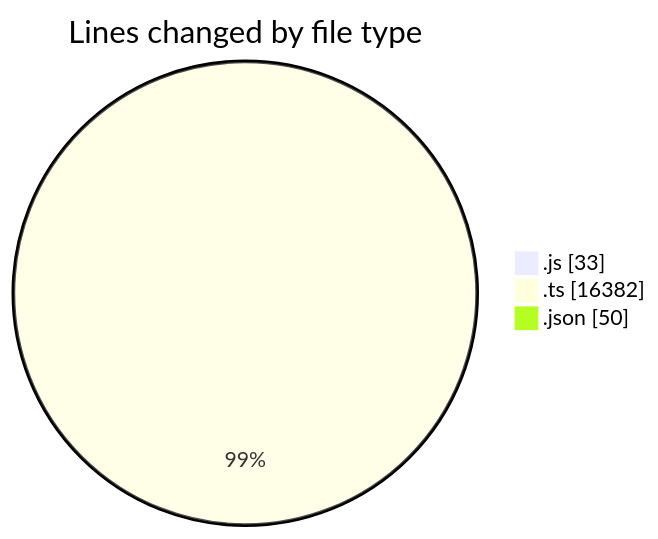
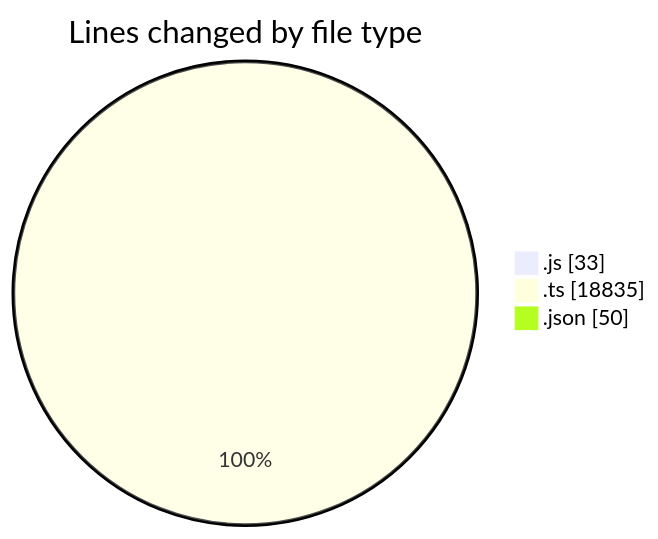
Before and after one commit to momahboobian/code-tracking: the first of 2 diagrams in 2025-09-08/cda/README.md, drawn with Mermaid. The commit also changed other lines of this file and 1 other file, not shown here.

````diff
--- a/2025-09-08/cda/README.md
+++ b/2025-09-08/cda/README.md
@@ -26,7 +26,7 @@
 ```mermaid
 pie showData
 title Lines changed by file type
 ".js" : 33
-".ts" : 16382
+".ts" : 18835
 ".json" : 50
 ```
````
